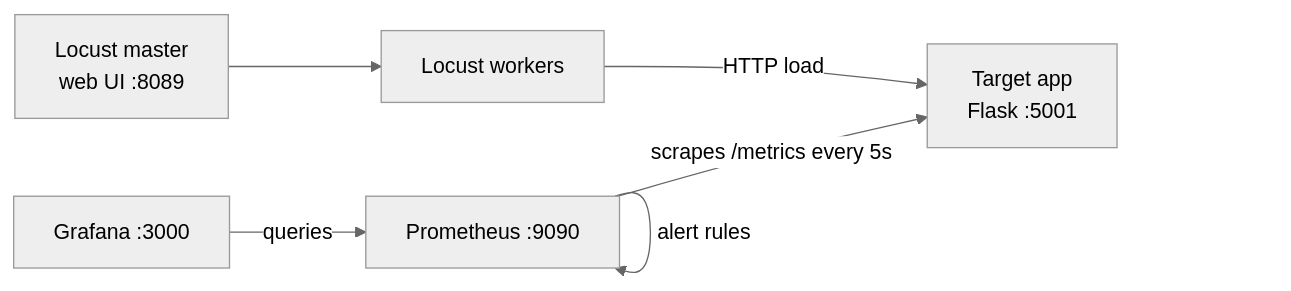
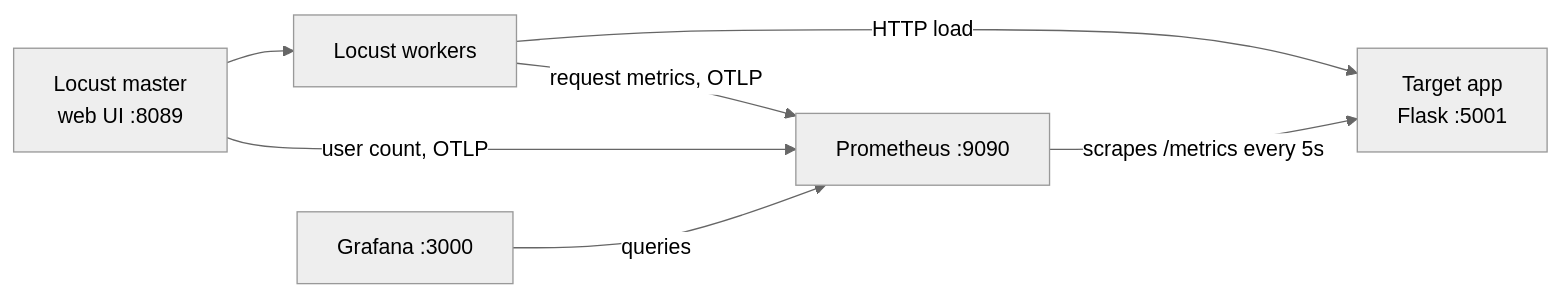
The diagram in README.md (yashwant-das/qa-py-locust-grafana), drawn with Mermaid (neutral theme) before and after one commit. The commit also changed other lines of this file and 2 other files, not shown here.

````diff
--- a/README.md
+++ b/README.md
@@ -18,8 +22,9 @@
 ```mermaid
 flowchart LR
     Master[Locust master<br/>web UI :8089] --> Workers[Locust workers]
     Workers -->|HTTP load| App[Target app<br/>Flask :5001]
-    Prom[Prometheus :9090] -->|scrapes /metrics every 5s| App
-    Prom -->|alert rules| Prom
+    Workers -->|request metrics, OTLP| Prom[Prometheus :9090]
+    Master -->|user count, OTLP| Prom
+    Prom -->|scrapes /metrics every 5s| App
     Grafana[Grafana :3000] -->|queries| Prom
 ```
````
